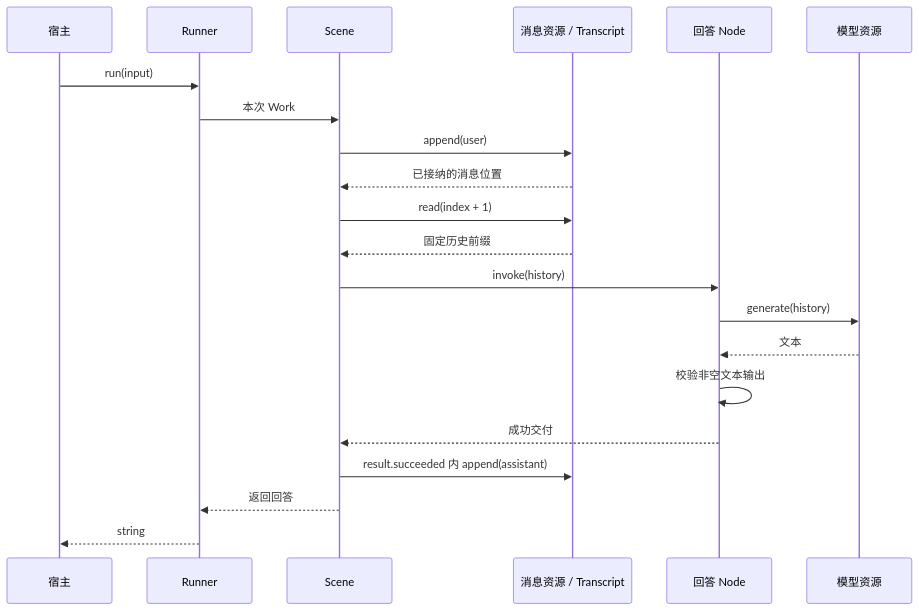
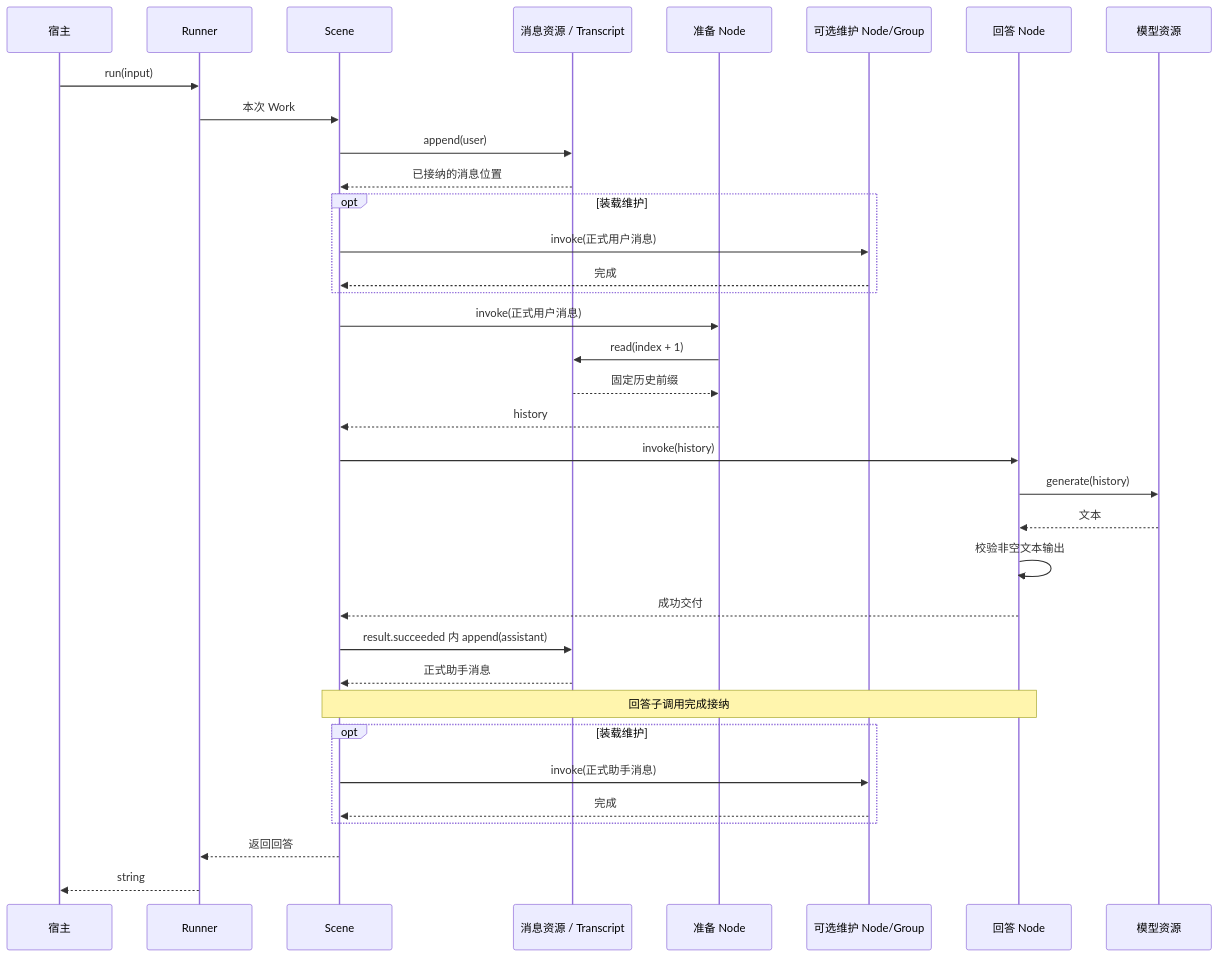
One commit to weiliang0121/capix changed the diagram in services/conversation/README.md. Above: the diagram before and after it, drawn with Mermaid. The commit also changed other lines of this file and 68 other files, not shown here.

````diff
--- a/services/conversation/README.md
+++ b/services/conversation/README.md
@@ -227,23 +252,37 @@
 ```mermaid
 sequenceDiagram
     participant Host as 宿主
     participant Runner
     participant Scene
     participant Messages as 消息资源 / Transcript
+    participant Prepare as 准备 Node
+    participant Maintain as 可选维护 Node/Group
     participant Answer as 回答 Node
     participant Model as 模型资源
     Host->>Runner: run(input)
     Runner->>Scene: 本次 Work
     Scene->>Messages: append(user)
     Messages-->>Scene: 已接纳的消息位置
-    Scene->>Messages: read(index + 1)
-    Messages-->>Scene: 固定历史前缀
+    opt 装载维护
+        Scene->>Maintain: invoke(正式用户消息)
+        Maintain-->>Scene: 完成
+    end
+    Scene->>Prepare: invoke(正式用户消息)
+    Prepare->>Messages: read(index + 1)
+    Messages-->>Prepare: 固定历史前缀
+    Prepare-->>Scene: history
     Scene->>Answer: invoke(history)
     Answer->>Model: generate(history)
     Model-->>Answer: 文本
     Answer->>Answer: 校验非空文本输出
     Answer-->>Scene: 成功交付
     Scene->>Messages: result.succeeded 内 append(assistant)
+    Messages-->>Scene: 正式助手消息
+    Note over Scene,Answer: 回答子调用完成接纳
+    opt 装载维护
+        Scene->>Maintain: invoke(正式助手消息)
+        Maintain-->>Scene: 完成
+    end
     Scene-->>Runner: 返回回答
     Runner-->>Host: string
 ```
````
